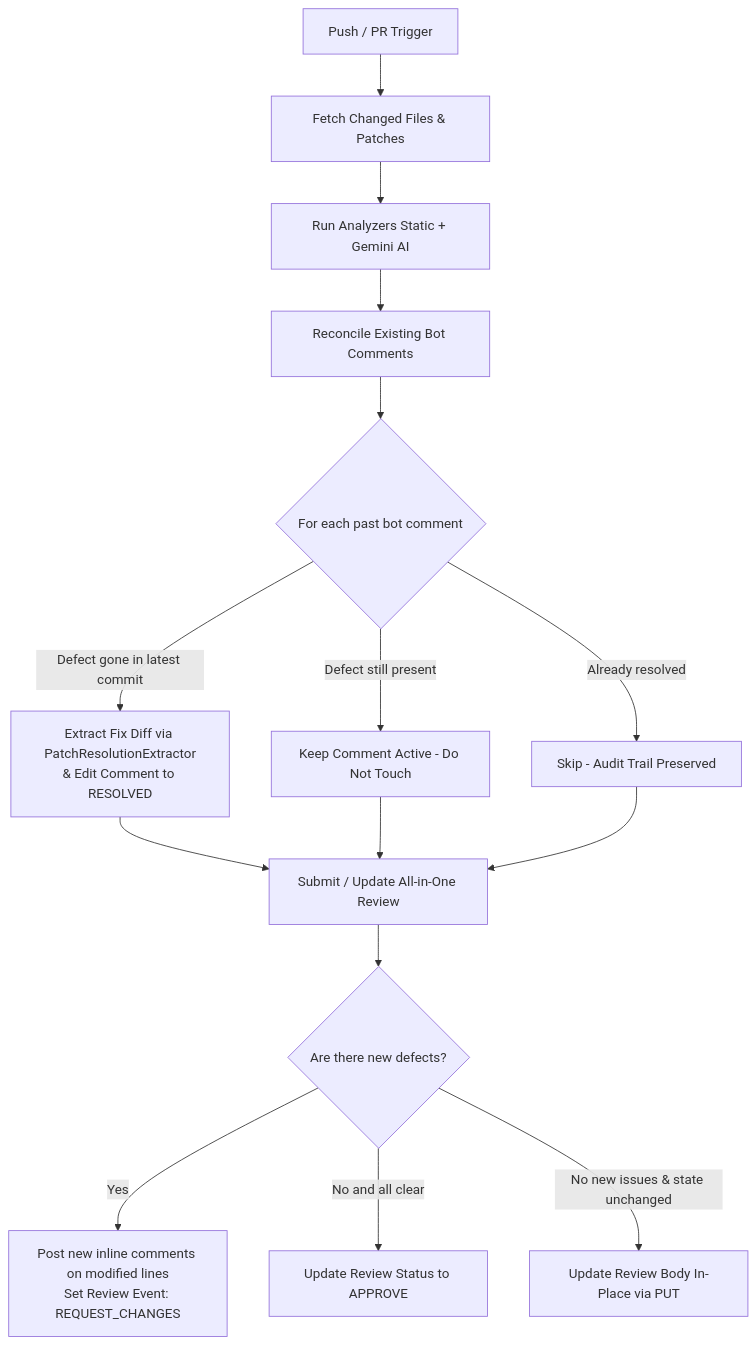
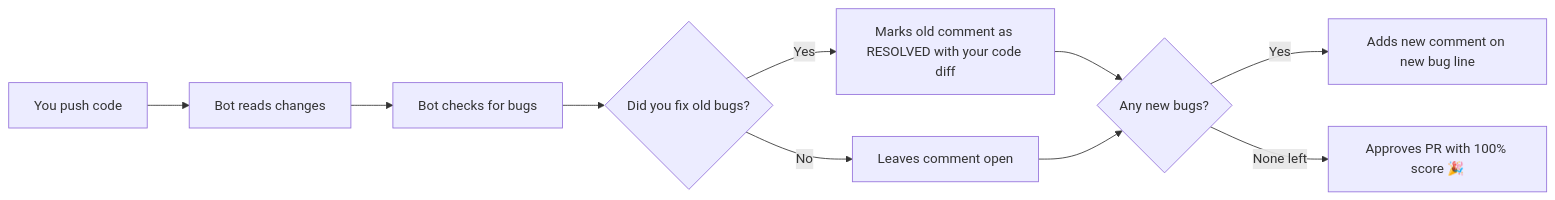
The diagram in docs/COMMENT_RESOLUTION_LIFECYCLE.md (arasiukani29/PR_bot), drawn with Mermaid before and after one commit. The commit also changed other lines of this file, not shown here.

````diff
--- a/docs/COMMENT_RESOLUTION_LIFECYCLE.md
+++ b/docs/COMMENT_RESOLUTION_LIFECYCLE.md
@@ -16,20 +17,12 @@
 ```mermaid
-flowchart TD
-    A[Push / PR Trigger] --> B[Fetch Changed Files & Patches]
-    B --> C[Run Analyzers Static + Gemini AI]
-    C --> D[Reconcile Existing Bot Comments]
-    
-    D --> E{For each past bot comment}
-    E -- Defect gone in latest commit --> F[Extract Fix Diff via PatchResolutionExtractor<br/>& Edit Comment to RESOLVED]
-    E -- Defect still present --> G[Keep Comment Active - Do Not Touch]
-    E -- Already resolved --> H[Skip - Audit Trail Preserved]
-    
-    F --> I[Submit / Update All-in-One Review]
-    G --> I
-    H --> I
-    
-    I --> J{Are there new defects?}
-    J -- Yes --> K[Post new inline comments on modified lines<br/>Set Review Event: REQUEST_CHANGES]
-    J -- No and all clear --> L[Update Review Status to APPROVE]
-    J -- No new issues & state unchanged --> M[Update Review Body In-Place via PUT]
+flowchart LR
+    A[You push code] --> B[Bot reads changes]
+    B --> C[Bot checks for bugs]
+    C --> D{Did you fix old bugs?}
+    D -- Yes --> E[Marks old comment as RESOLVED with your code diff]
+    D -- No --> F[Leaves comment open]
+    E --> G{Any new bugs?}
+    F --> G
+    G -- Yes --> H[Adds new comment on new bug line]
+    G -- None left --> I[Approves PR with 100% score 🎉]
 ```
````
